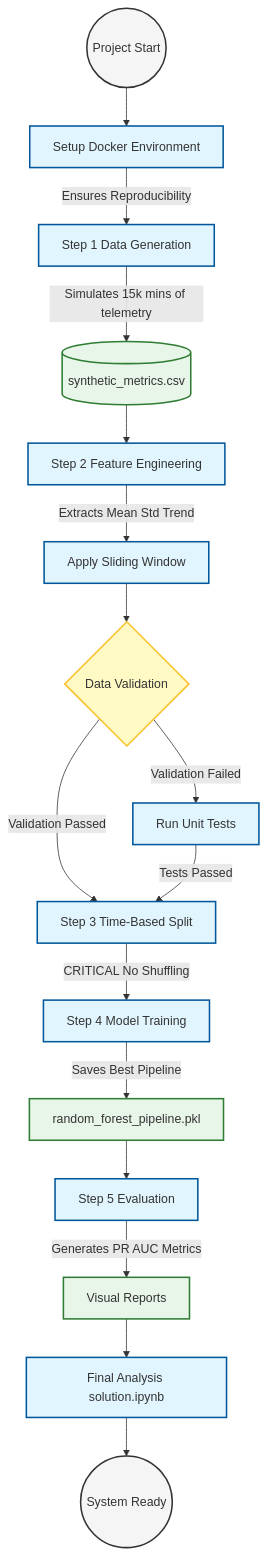
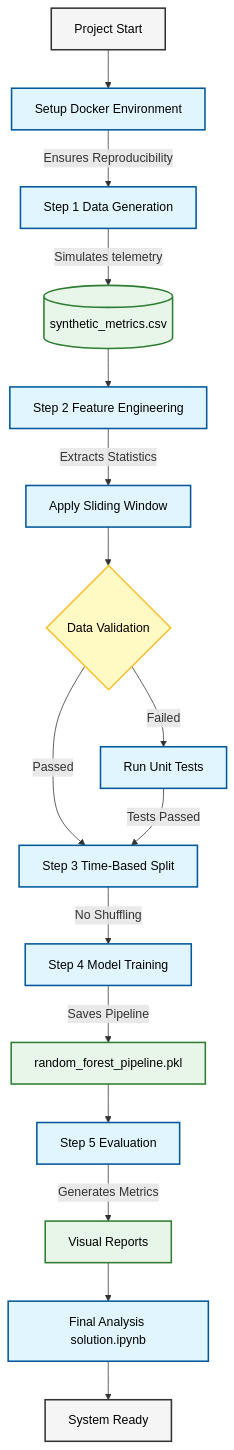
One commit to JinTonikCZ/cloud-metrics-incident-prediction changed the first of 2 diagrams in README.md. Above: the diagram before and after it, drawn with Mermaid. The commit also changed other lines of this file, not shown here.

````diff
--- a/README.md
+++ b/README.md
@@ -22,31 +22,31 @@
 ```mermaid
 flowchart TD
-    %% Global Styles
-    classDef start fill:#f5f5f5,stroke:#333,stroke-width:2px;
-    classDef process fill:#e1f5fe,stroke:#01579b,stroke-width:2px;
-    classDef logic fill:#fff9c4,stroke:#fbc02d,stroke-width:2px;
-    classDef output fill:#e8f5e9,stroke:#2e7d32,stroke-width:2px;
+    %% Global Styles with forced black text for readability
+    classDef start fill:#f5f5f5,stroke:#333,stroke-width:2px,color:#000;
+    classDef process fill:#e1f5fe,stroke:#01579b,stroke-width:2px,color:#000;
+    classDef logic fill:#fff9c4,stroke:#fbc02d,stroke-width:2px,color:#000;
+    classDef output fill:#e8f5e9,stroke:#2e7d32,stroke-width:2px,color:#000;
 
-    Start((Project Start)):::start --> Docker[Setup Docker Environment]:::process
+    Start[Project Start]:::start --> Docker[Setup Docker Environment]:::process
     Docker -->|Ensures Reproducibility| Gen[Step 1 Data Generation]:::process
     
-    Gen -->|Simulates 15k mins of telemetry| RawData[(synthetic_metrics.csv)]:::output
+    Gen -->|Simulates telemetry| RawData[(synthetic_metrics.csv)]:::output
     
     RawData --> Engineering[Step 2 Feature Engineering]:::process
-    Engineering -->|Extracts Mean Std Trend| Windows[Apply Sliding Window]:::process
+    Engineering -->|Extracts Statistics| Windows[Apply Sliding Window]:::process
     
     Windows --> Branch{Data Validation}:::logic
-    Branch -->|Validation Passed| Split[Step 3 Time-Based Split]:::process
-    Branch -->|Validation Failed| Tests[Run Unit Tests]:::process
+    Branch -->|Passed| Split[Step 3 Time-Based Split]:::process
+    Branch -->|Failed| Tests[Run Unit Tests]:::process
     
     Tests -->|Tests Passed| Split
     
-    Split -->|CRITICAL No Shuffling| Training[Step 4 Model Training]:::process
-    Training -->|Saves Best Pipeline| ModelFile[random_forest_pipeline.pkl]:::output
+    Split -->|No Shuffling| Training[Step 4 Model Training]:::process
+    Training -->|Saves Pipeline| ModelFile[random_forest_pipeline.pkl]:::output
     
     ModelFile --> Eval[Step 5 Evaluation]:::process
-    Eval -->|Generates PR AUC Metrics| Plots[Visual Reports]:::output
+    Eval -->|Generates Metrics| Plots[Visual Reports]:::output
     
     Plots --> Notebook[Final Analysis solution.ipynb]:::process
-    Notebook --> End((System Ready)):::start
+    Notebook --> End[System Ready]:::start
 ```
````
